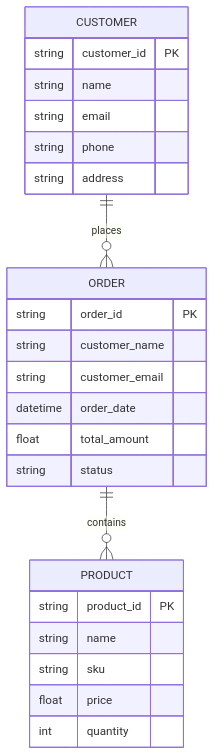
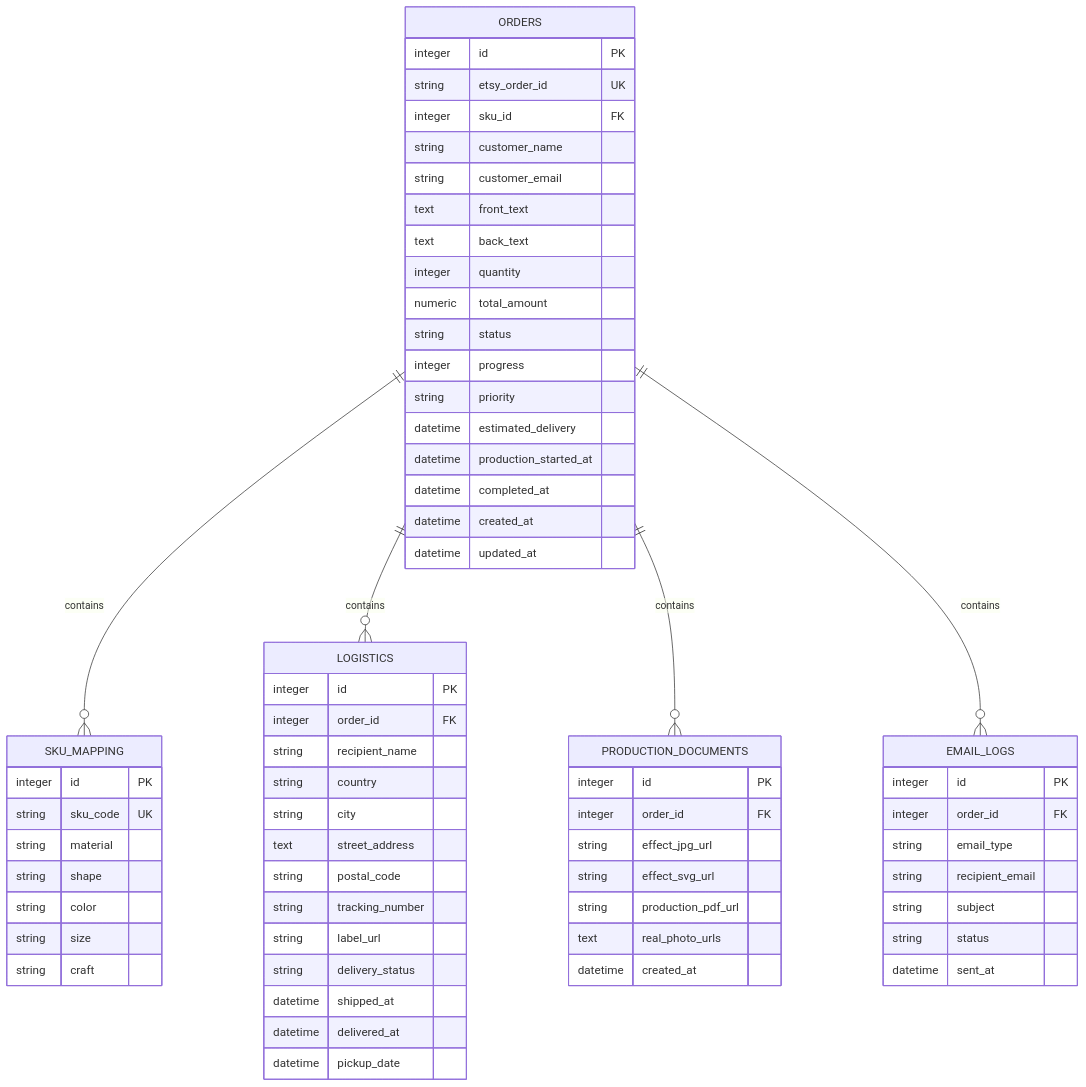
One commit to SY6621/POD-Order-Management changed the fifth of 6 diagrams in .qoder/repowiki/zh/content/项目结构详解.md. Above: the diagram before and after it, drawn with Mermaid. The commit also changed other lines of this file and 263 other files, not shown here.

````diff
--- a/.qoder/repowiki/zh/content/项目结构详解.md
+++ b/.qoder/repowiki/zh/content/项目结构详解.md
@@ -344,27 +465,68 @@
 ```mermaid
 erDiagram
-ORDER {
-string order_id PK
+ORDERS {
+integer id PK
+string etsy_order_id UK
+integer sku_id FK
 string customer_name
 string customer_email
-datetime order_date
-float total_amount
+text front_text
+text back_text
+integer quantity
+numeric total_amount
 string status
+integer progress
+string priority
+datetime estimated_delivery
+datetime production_started_at
+datetime completed_at
+datetime created_at
+datetime updated_at
 }
-CUSTOMER {
-string customer_id PK
-string name
-string email
-string phone
-string address
+SKU_MAPPING {
+integer id PK
+string sku_code UK
+string material
+string shape
+string color
+string size
+string craft
 }
-PRODUCT {
-string product_id PK
-string name
-string sku
-float price
-int quantity
+LOGISTICS {
+integer id PK
+integer order_id FK
+string recipient_name
+string country
+string city
+text street_address
+string postal_code
+string tracking_number
+string label_url
+string delivery_status
+datetime shipped_at
+datetime delivered_at
+datetime pickup_date
 }
-ORDER ||--o{ PRODUCT : contains
-CUSTOMER ||--o{ ORDER : places
+PRODUCTION_DOCUMENTS {
+integer id PK
+integer order_id FK
+string effect_jpg_url
+string effect_svg_url
+string production_pdf_url
+text real_photo_urls
+datetime created_at
+}
+EMAIL_LOGS {
+integer id PK
+integer order_id FK
+string email_type
+string recipient_email
+string subject
+string status
+datetime sent_at
+}
+ORDERS ||--o{ SKU_MAPPING : contains
+ORDERS ||--o{ LOGISTICS : contains
+ORDERS ||--o{ PRODUCTION_DOCUMENTS : contains
+ORDERS ||--o{ EMAIL_LOGS : contains
 ```
````
